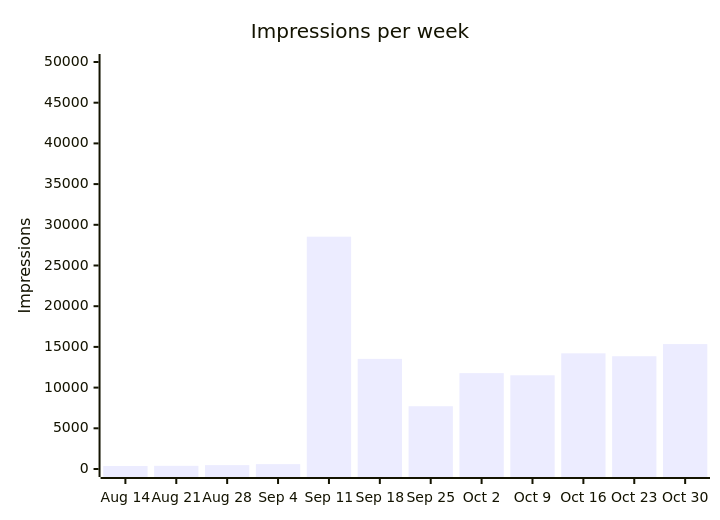
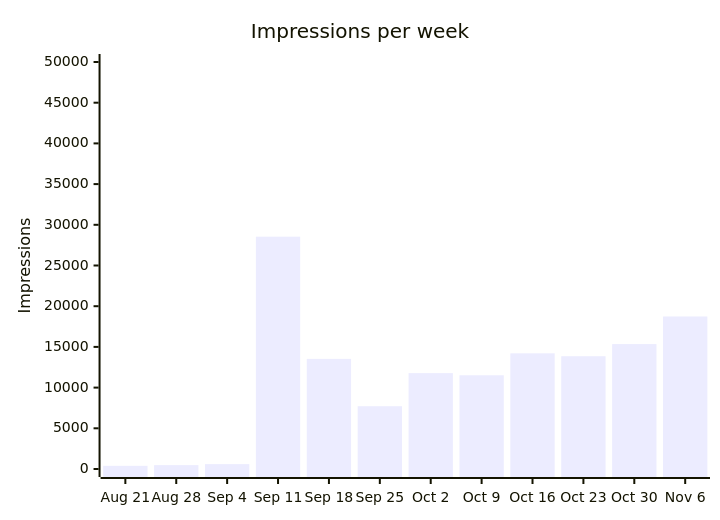
One commit to langx/website changed the second of 13 diagrams in latest.md. Above: the diagram before and after it, drawn with Mermaid. The commit also changed other lines of this file and 2 other files, not shown here.

````diff
--- a/latest.md
+++ b/latest.md
@@ -28,7 +28,7 @@
 ```mermaid
 xychart-beta
   title "Impressions per week"
-  x-axis ["Aug 14", "Aug 21", "Aug 28", "Sep 4", "Sep 11", "Sep 18", "Sep 25", "Oct 2", "Oct 9", "Oct 16", "Oct 23", "Oct 30"]
+  x-axis ["Aug 21", "Aug 28", "Sep 4", "Sep 11", "Sep 18", "Sep 25", "Oct 2", "Oct 9", "Oct 16", "Oct 23", "Oct 30", "Nov 6"]
   y-axis "Impressions" 0 --> 50000
-  bar [368, 392, 474, 601, 28541, 13529, 7711, 11776, 11513, 14211, 13853, 15345]
+  bar [392, 474, 601, 28541, 13529, 7711, 11776, 11513, 14211, 13853, 15345, 18736]
 ```
````
